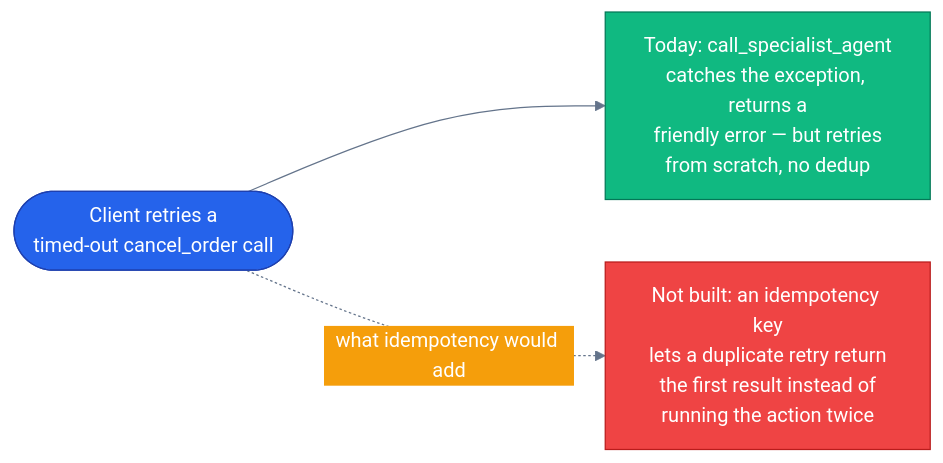
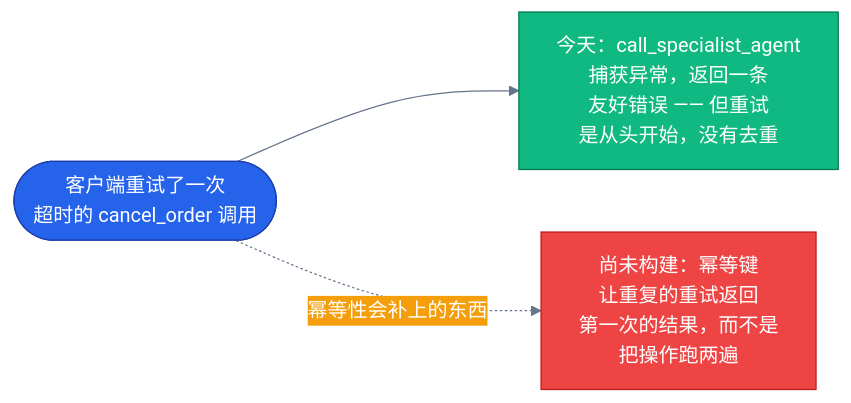
The diagram in docs/concepts/14-production-concerns.md (s1encisi/reliable-commerce-agents), drawn with Mermaid before and after one commit. The commit also changed other lines of this file and 1033 other files, not shown here.

````diff
--- a/docs/concepts/14-production-concerns.md
+++ b/docs/concepts/14-production-concerns.md
@@ -73,17 +59,17 @@
 ```mermaid
 %%{init: {'theme':'base', 'themeVariables': {
   'primaryColor': '#2563eb','primaryTextColor': '#ffffff','primaryBorderColor': '#1e40af',
   'lineColor': '#64748b','secondaryColor': '#f59e0b','tertiaryColor': '#10b981',
   'background': 'transparent'}}}%%
 flowchart LR
   classDef core    fill:#2563eb,stroke:#1e40af,color:#ffffff
   classDef success fill:#10b981,stroke:#047857,color:#ffffff
   classDef error   fill:#ef4444,stroke:#b91c1c,color:#ffffff
 
-  req(["Client retries a<br/>timed-out cancel_order call"]) --> today["Today: call_specialist_agent<br/>catches the exception, returns a<br/>friendly error — but retries<br/>from scratch, no dedup"]
-  req -.what idempotency would add.-> future["Not built: an idempotency key<br/>lets a duplicate retry return<br/>the first result instead of<br/>running the action twice"]
+  req(["客户端重试了一次<br/>超时的 cancel_order 调用"]) --> today["今天：call_specialist_agent<br/>捕获异常，返回一条<br/>友好错误 —— 但重试<br/>是从头开始，没有去重"]
+  req -.幂等性会补上的东西.-> future["尚未构建：幂等键<br/>让重复的重试返回<br/>第一次的结果，而不是<br/>把操作跑两遍"]
 
   class req core
   class today success
   class future error
 ```
````
